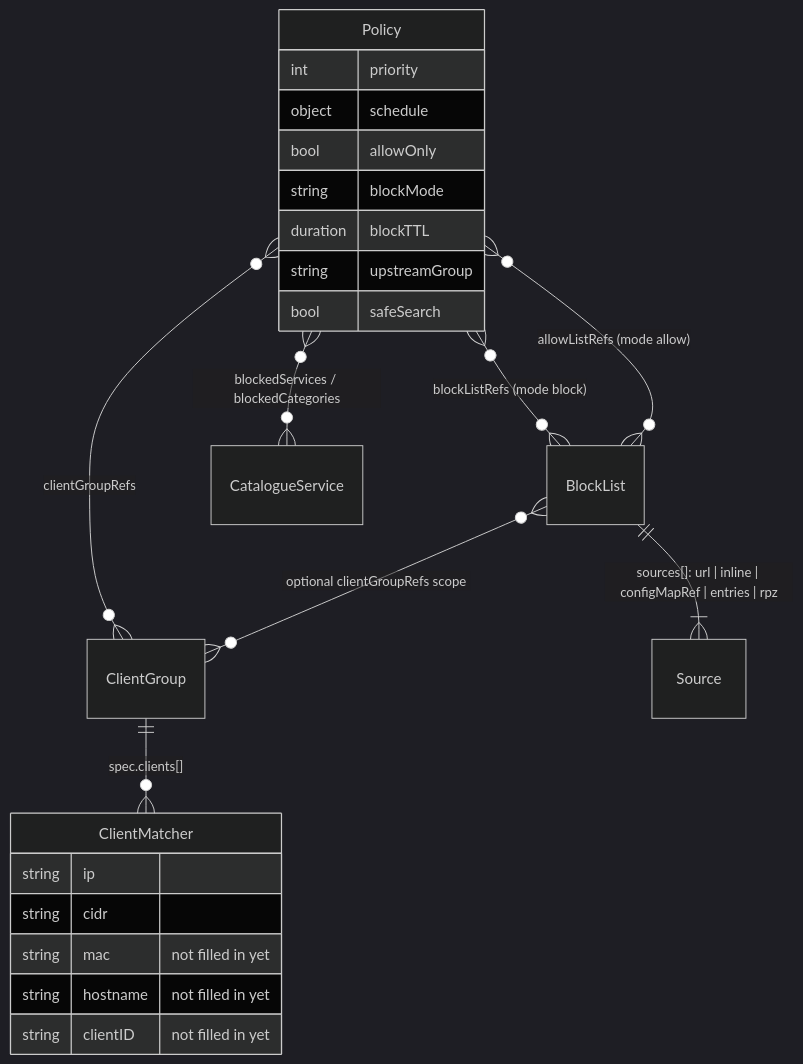
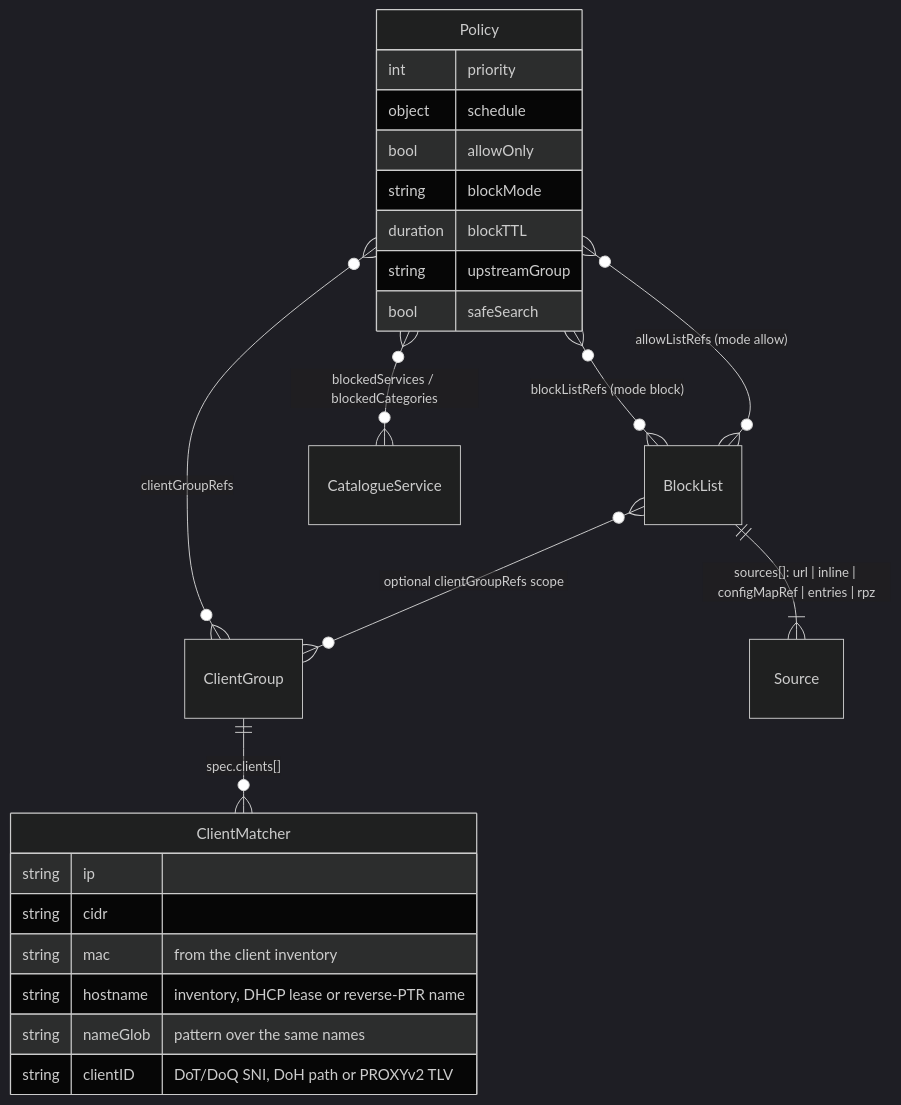
The first of 6 diagrams in docs/architecture/policies-and-blocking.md (robertherbaugh/kudurru), drawn with Mermaid (dark theme) before and after one commit. The commit also changed other lines of this file and 2 other files, not shown here.

````diff
--- a/docs/architecture/policies-and-blocking.md
+++ b/docs/architecture/policies-and-blocking.md
@@ -7,26 +7,27 @@
 ```mermaid
 erDiagram
     ClientGroup ||--o{ ClientMatcher : "spec.clients[]"
     Policy }o--o{ ClientGroup : "clientGroupRefs"
     Policy }o--o{ BlockList : "blockListRefs (mode block)"
     Policy }o--o{ BlockList : "allowListRefs (mode allow)"
     BlockList }o--o{ ClientGroup : "optional clientGroupRefs scope"
     Policy }o--o{ CatalogueService : "blockedServices / blockedCategories"
     BlockList ||--|{ Source : "sources[]: url | inline | configMapRef | entries | rpz"
     ClientMatcher {
         string ip
         string cidr
-        string mac "not filled in yet"
-        string hostname "not filled in yet"
-        string clientID "not filled in yet"
+        string mac "from the client inventory"
+        string hostname "inventory, DHCP lease or reverse-PTR name"
+        string nameGlob "pattern over the same names"
+        string clientID "DoT/DoQ SNI, DoH path or PROXYv2 TLV"
     }
     Policy {
         int priority
         object schedule
         bool allowOnly
         string blockMode
         duration blockTTL
         string upstreamGroup
         bool safeSearch
     }
 ```
````
